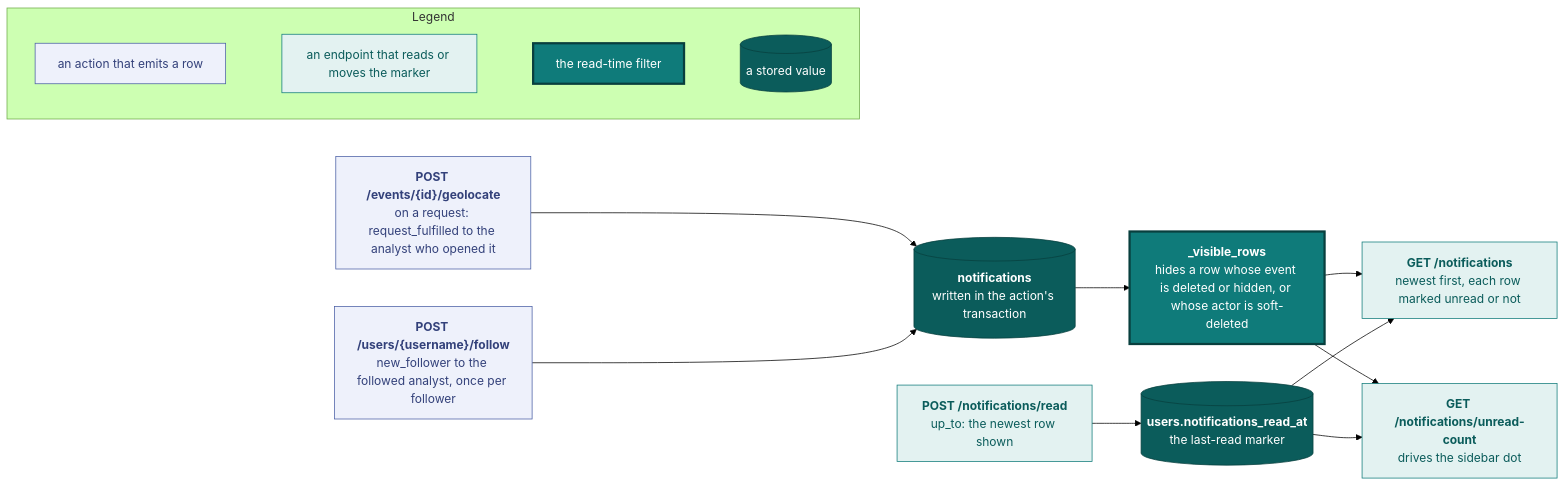
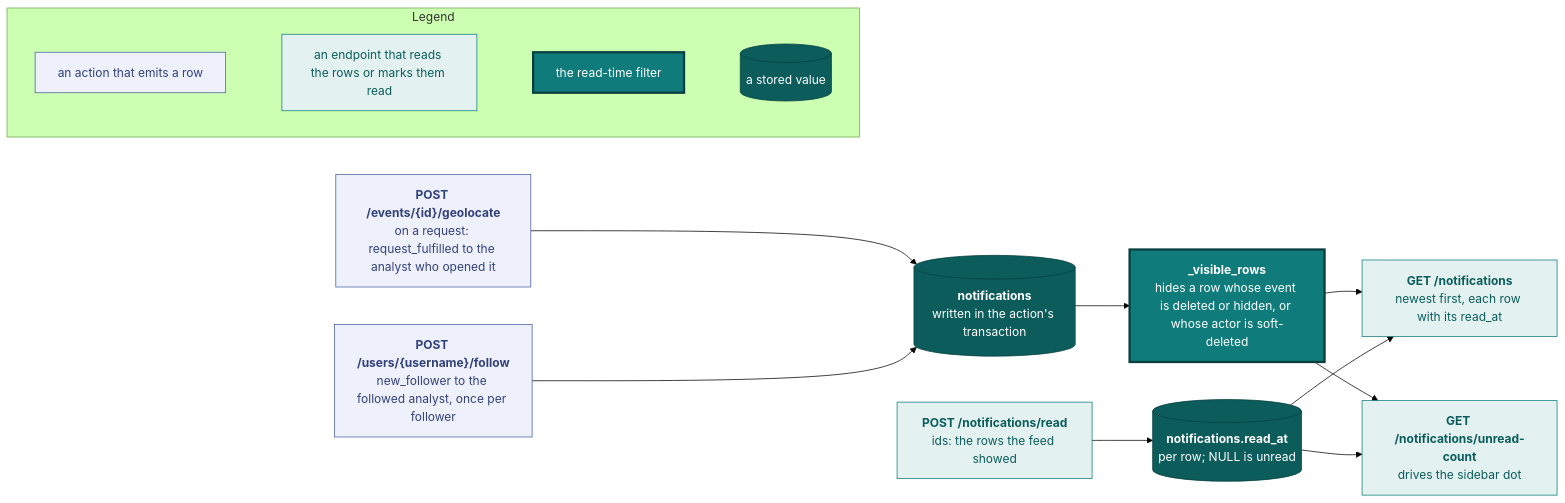
One commit to vidithq/vidit changed the third of 3 diagrams in docs/api.md. Above: the diagram before and after it, drawn with Mermaid (forest theme). The commit also changed other lines of this file and 26 other files, not shown here.

First line of the commit message:
fix(notifications): per-row read state and per-account display cache

````diff
--- a/docs/api.md
+++ b/docs/api.md
@@ -1818,42 +1818,42 @@
 ```mermaid
 flowchart LR
   classDef spec fill:#eef1fb,stroke:#4a5fa5,color:#33417a
   classDef shared fill:#e3f2f1,stroke:#0f7b7a,color:#0b5c5b
   classDef core fill:#0f7b7a,stroke:#083f3e,stroke-width:3px,color:#ffffff
   classDef store fill:#0b5c5b,stroke:#083f3e,color:#ffffff
 
   subgraph legend [Legend]
     direction LR
     l1["`an action that emits a row`"]:::spec
-    l2["`an endpoint that reads or moves the marker`"]:::shared
+    l2["`an endpoint that reads the rows or marks them read`"]:::shared
     l3["`the read-time filter`"]:::core
     l4[("`a stored value`")]:::store
     l1 ~~~ l2 ~~~ l3 ~~~ l4
   end
 
   geolocate["`**POST /events/{id}/geolocate**
   on a request: request_fulfilled to the analyst who opened it`"]:::spec
   follow["`**POST /users/{username}/follow**
   new_follower to the followed analyst, once per follower`"]:::spec
   rows[("`**notifications**
   written in the action's transaction`")]:::store
   visible["`**_visible_rows**
   hides a row whose event is deleted or hidden, or whose actor is soft-deleted`"]:::core
   feed["`**GET /notifications**
-  newest first, each row marked unread or not`"]:::shared
+  newest first, each row with its read_at`"]:::shared
   count["`**GET /notifications/unread-count**
   drives the sidebar dot`"]:::shared
   read["`**POST /notifications/read**
-  up_to: the newest row shown`"]:::shared
-  marker[("`**users.notifications_read_at**
-  the last-read marker`")]:::store
+  ids: the rows the feed showed`"]:::shared
+  readat[("`**notifications.read_at**
+  per row; NULL is unread`")]:::store
 
   geolocate --> rows
   follow --> rows
   rows --> visible
   visible --> feed
   visible --> count
-  read --> marker
-  marker --> count
-  marker --> feed
+  read --> readat
+  readat --> count
+  readat --> feed
 ```
````
